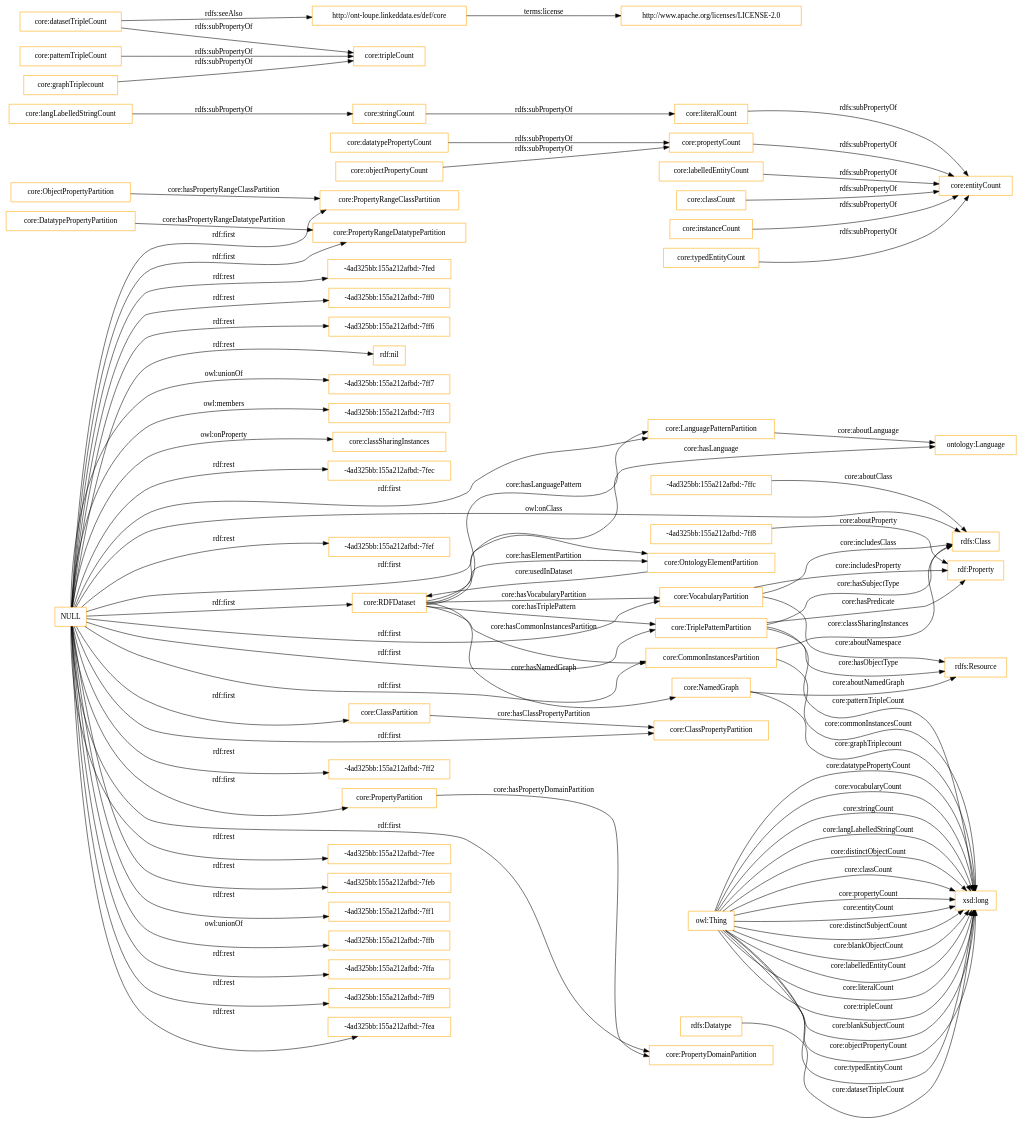
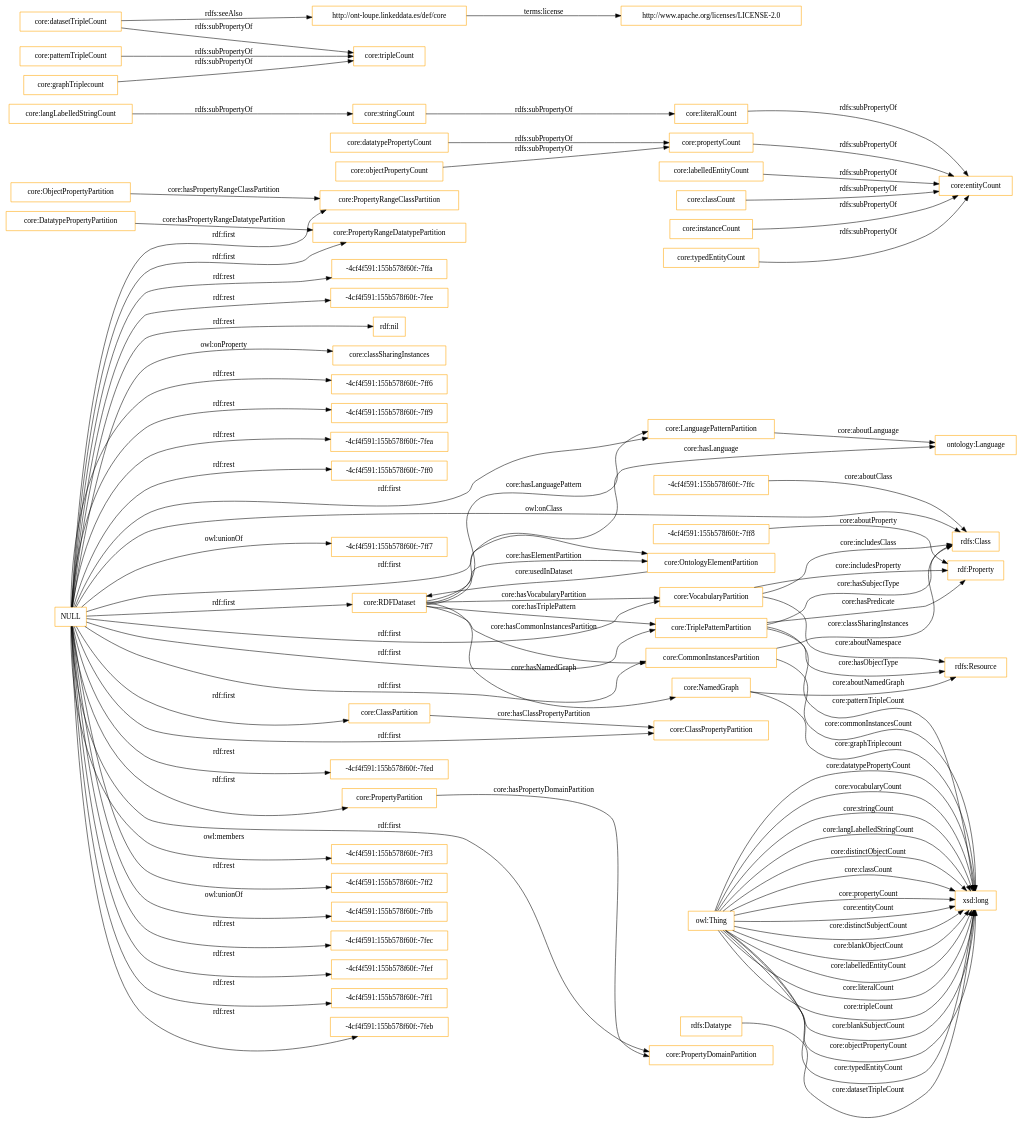
One commit to nandana/loupe-ontology changed the diagram in OnToology/src/ontology/loupe-ontology.owl/diagrams/ar2dtool-class/loupe-ontology.owl.png.dot. Above: the diagram before and after it, drawn with Graphviz. The commit also changed 21 other files, not shown here.

```diff
--- a/OnToology/src/ontology/loupe-ontology.owl/diagrams/ar2dtool-class/loupe-ontology.owl.png.dot
+++ b/OnToology/src/ontology/loupe-ontology.owl/diagrams/ar2dtool-class/loupe-ontology.owl.png.dot
@@ -1,94 +1,94 @@
 digraph ar2dtool_diagram { 
 rankdir=LR;
 size="1501"
-node [shape = rectangle, color="orange"]; "core:RDFDataset" "-4ad325bb:155a212afbd:-7ffc" "core:PropertyRangeClassPartition" "-4ad325bb:155a212afbd:-7ff8" "core:OntologyElementPartition" "core:ObjectPropertyPartition" "core:ClassPropertyPartition" "rdfs:Resource" "core:ClassPartition" "core:CommonInstancesPartition" "core:NamedGraph" "rdfs:Class" "core:LanguagePatternPartition" "core:PropertyRangeDatatypePartition" "rdfs:Datatype" "rdf:Property" "core:PropertyPartition" "core:TriplePatternPartition" "ontology:Language" "core:DatatypePropertyPartition" "core:VocabularyPartition" "core:PropertyDomainPartition" ; /*classes style*/
+node [shape = rectangle, color="orange"]; "core:RDFDataset" "core:PropertyRangeClassPartition" "core:OntologyElementPartition" "core:ObjectPropertyPartition" "-4cf4f591:155b578f60f:-7ffc" "core:ClassPropertyPartition" "-4cf4f591:155b578f60f:-7ff8" "rdfs:Resource" "core:ClassPartition" "core:CommonInstancesPartition" "core:NamedGraph" "rdfs:Class" "core:LanguagePatternPartition" "core:PropertyRangeDatatypePartition" "rdfs:Datatype" "rdf:Property" "core:PropertyPartition" "core:TriplePatternPartition" "ontology:Language" "core:DatatypePropertyPartition" "core:VocabularyPartition" "core:PropertyDomainPartition" ; /*classes style*/
 	"core:langLabelledStringCount" -> "core:stringCount" [ label = "rdfs:subPropertyOf" ];
 	"core:datatypePropertyCount" -> "core:propertyCount" [ label = "rdfs:subPropertyOf" ];
 	"core:labelledEntityCount" -> "core:entityCount" [ label = "rdfs:subPropertyOf" ];
 	"http://ont-loupe.linkeddata.es/def/core" -> "http://www.apache.org/licenses/LICENSE-2.0" [ label = "terms:license" ];
 	"core:datasetTripleCount" -> "http://ont-loupe.linkeddata.es/def/core" [ label = "rdfs:seeAlso" ];
 	"core:datasetTripleCount" -> "core:tripleCount" [ label = "rdfs:subPropertyOf" ];
 	"core:propertyCount" -> "core:entityCount" [ label = "rdfs:subPropertyOf" ];
 	"core:classCount" -> "core:entityCount" [ label = "rdfs:subPropertyOf" ];
 	"core:instanceCount" -> "core:entityCount" [ label = "rdfs:subPropertyOf" ];
 	"core:patternTripleCount" -> "core:tripleCount" [ label = "rdfs:subPropertyOf" ];
+	"NULL" -> "-4cf4f591:155b578f60f:-7ff3" [ label = "owl:members" ];
 	"NULL" -> "core:OntologyElementPartition" [ label = "rdf:first" ];
-	"NULL" -> "-4ad325bb:155a212afbd:-7fee" [ label = "rdf:rest" ];
-	"NULL" -> "-4ad325bb:155a212afbd:-7feb" [ label = "rdf:rest" ];
 	"NULL" -> "core:PropertyPartition" [ label = "rdf:first" ];
 	"NULL" -> "core:LanguagePatternPartition" [ label = "rdf:first" ];
-	"NULL" -> "-4ad325bb:155a212afbd:-7ff1" [ label = "rdf:rest" ];
-	"NULL" -> "-4ad325bb:155a212afbd:-7ffb" [ label = "owl:unionOf" ];
+	"NULL" -> "-4cf4f591:155b578f60f:-7ff2" [ label = "rdf:rest" ];
 	"NULL" -> "core:PropertyRangeDatatypePartition" [ label = "rdf:first" ];
+	"NULL" -> "-4cf4f591:155b578f60f:-7ffb" [ label = "owl:unionOf" ];
+	"NULL" -> "core:PropertyRangeClassPartition" [ label = "rdf:first" ];
 	"NULL" -> "core:PropertyDomainPartition" [ label = "rdf:first" ];
-	"NULL" -> "core:PropertyRangeClassPartition" [ label = "rdf:first" ];
-	"NULL" -> "-4ad325bb:155a212afbd:-7ffa" [ label = "rdf:rest" ];
 	"NULL" -> "core:CommonInstancesPartition" [ label = "rdf:first" ];
+	"NULL" -> "-4cf4f591:155b578f60f:-7fec" [ label = "rdf:rest" ];
+	"NULL" -> "-4cf4f591:155b578f60f:-7fef" [ label = "rdf:rest" ];
 	"NULL" -> "core:ClassPartition" [ label = "rdf:first" ];
-	"NULL" -> "-4ad325bb:155a212afbd:-7ff9" [ label = "rdf:rest" ];
-	"NULL" -> "-4ad325bb:155a212afbd:-7fea" [ label = "rdf:rest" ];
-	"NULL" -> "-4ad325bb:155a212afbd:-7fed" [ label = "rdf:rest" ];
-	"NULL" -> "-4ad325bb:155a212afbd:-7ff0" [ label = "rdf:rest" ];
-	"NULL" -> "-4ad325bb:155a212afbd:-7ff6" [ label = "rdf:rest" ];
+	"NULL" -> "-4cf4f591:155b578f60f:-7ff1" [ label = "rdf:rest" ];
+	"NULL" -> "-4cf4f591:155b578f60f:-7feb" [ label = "rdf:rest" ];
+	"NULL" -> "-4cf4f591:155b578f60f:-7ffa" [ label = "rdf:rest" ];
+	"NULL" -> "-4cf4f591:155b578f60f:-7fee" [ label = "rdf:rest" ];
 	"NULL" -> "rdf:nil" [ label = "rdf:rest" ];
 	"NULL" -> "rdfs:Class" [ label = "owl:onClass" ];
 	"NULL" -> "core:VocabularyPartition" [ label = "rdf:first" ];
-	"NULL" -> "-4ad325bb:155a212afbd:-7ff7" [ label = "owl:unionOf" ];
 	"NULL" -> "core:TriplePatternPartition" [ label = "rdf:first" ];
+	"NULL" -> "core:classSharingInstances" [ label = "owl:onProperty" ];
 	"NULL" -> "core:ClassPropertyPartition" [ label = "rdf:first" ];
-	"NULL" -> "-4ad325bb:155a212afbd:-7ff3" [ label = "owl:members" ];
-	"NULL" -> "core:classSharingInstances" [ label = "owl:onProperty" ];
-	"NULL" -> "-4ad325bb:155a212afbd:-7fec" [ label = "rdf:rest" ];
-	"NULL" -> "-4ad325bb:155a212afbd:-7fef" [ label = "rdf:rest" ];
-	"NULL" -> "-4ad325bb:155a212afbd:-7ff2" [ label = "rdf:rest" ];
+	"NULL" -> "-4cf4f591:155b578f60f:-7ff6" [ label = "rdf:rest" ];
+	"NULL" -> "-4cf4f591:155b578f60f:-7ff9" [ label = "rdf:rest" ];
+	"NULL" -> "-4cf4f591:155b578f60f:-7fea" [ label = "rdf:rest" ];
+	"NULL" -> "-4cf4f591:155b578f60f:-7ff0" [ label = "rdf:rest" ];
+	"NULL" -> "-4cf4f591:155b578f60f:-7ff7" [ label = "owl:unionOf" ];
 	"NULL" -> "core:RDFDataset" [ label = "rdf:first" ];
+	"NULL" -> "-4cf4f591:155b578f60f:-7fed" [ label = "rdf:rest" ];
 	"core:literalCount" -> "core:entityCount" [ label = "rdfs:subPropertyOf" ];
 	"core:objectPropertyCount" -> "core:propertyCount" [ label = "rdfs:subPropertyOf" ];
 	"core:typedEntityCount" -> "core:entityCount" [ label = "rdfs:subPropertyOf" ];
 	"core:graphTriplecount" -> "core:tripleCount" [ label = "rdfs:subPropertyOf" ];
 	"core:stringCount" -> "core:literalCount" [ label = "rdfs:subPropertyOf" ];
 	"core:VocabularyPartition" -> "rdf:Property" [ label = "core:includesProperty" ];
 	"owl:Thing" -> "xsd:long" [ label = "core:tripleCount" ];
 	"owl:Thing" -> "xsd:long" [ label = "core:blankSubjectCount" ];
 	"owl:Thing" -> "xsd:long" [ label = "core:objectPropertyCount" ];
 	"core:CommonInstancesPartition" -> "xsd:long" [ label = "core:commonInstancesCount" ];
 	"core:NamedGraph" -> "xsd:long" [ label = "core:graphTriplecount" ];
 	"core:RDFDataset" -> "core:TriplePatternPartition" [ label = "core:hasTriplePattern" ];
 	"owl:Thing" -> "xsd:long" [ label = "core:typedEntityCount" ];
 	"core:RDFDataset" -> "core:VocabularyPartition" [ label = "core:hasVocabularyPartition" ];
 	"core:DatatypePropertyPartition" -> "core:PropertyRangeDatatypePartition" [ label = "core:hasPropertyRangeDatatypePartition" ];
 	"core:NamedGraph" -> "rdfs:Resource" [ label = "core:aboutNamedGraph" ];
 	"core:LanguagePatternPartition" -> "ontology:Language" [ label = "core:aboutLanguage" ];
 	"core:ClassPartition" -> "core:ClassPropertyPartition" [ label = "core:hasClassPropertyPartition" ];
 	"owl:Thing" -> "xsd:long" [ label = "core:datatypePropertyCount" ];
 	"core:VocabularyPartition" -> "rdfs:Resource" [ label = "core:aboutNamespace" ];
 	"owl:Thing" -> "xsd:long" [ label = "core:vocabularyCount" ];
 	"core:RDFDataset" -> "ontology:Language" [ label = "core:hasLanguage" ];
 	"core:RDFDataset" -> "core:LanguagePatternPartition" [ label = "core:hasLanguagePattern" ];
-	"-4ad325bb:155a212afbd:-7ff8" -> "rdf:Property" [ label = "core:aboutProperty" ];
+	"-4cf4f591:155b578f60f:-7ff8" -> "rdf:Property" [ label = "core:aboutProperty" ];
 	"owl:Thing" -> "xsd:long" [ label = "core:stringCount" ];
-	"-4ad325bb:155a212afbd:-7ffc" -> "rdfs:Class" [ label = "core:aboutClass" ];
+	"-4cf4f591:155b578f60f:-7ffc" -> "rdfs:Class" [ label = "core:aboutClass" ];
 	"owl:Thing" -> "xsd:long" [ label = "core:langLabelledStringCount" ];
 	"owl:Thing" -> "xsd:long" [ label = "core:distinctObjectCount" ];
 	"core:TriplePatternPartition" -> "rdfs:Resource" [ label = "core:hasObjectType" ];
 	"owl:Thing" -> "xsd:long" [ label = "core:classCount" ];
 	"core:VocabularyPartition" -> "rdfs:Class" [ label = "core:includesClass" ];
 	"core:TriplePatternPartition" -> "xsd:long" [ label = "core:patternTripleCount" ];
 	"owl:Thing" -> "xsd:long" [ label = "core:propertyCount" ];
 	"core:CommonInstancesPartition" -> "rdfs:Class" [ label = "core:classSharingInstances" ];
 	"rdfs:Datatype" -> "xsd:long" [ label = "core:datasetTripleCount" ];
 	"owl:Thing" -> "xsd:long" [ label = "core:entityCount" ];
 	"core:OntologyElementPartition" -> "core:RDFDataset" [ label = "core:usedInDataset" ];
 	"core:TriplePatternPartition" -> "rdf:Property" [ label = "core:hasPredicate" ];
 	"core:RDFDataset" -> "core:CommonInstancesPartition" [ label = "core:hasCommonInstancesPartition" ];
 	"core:RDFDataset" -> "core:OntologyElementPartition" [ label = "core:hasElementPartition" ];
 	"owl:Thing" -> "xsd:long" [ label = "core:distinctSubjectCount" ];
 	"owl:Thing" -> "xsd:long" [ label = "core:blankObjectCount" ];
 	"core:TriplePatternPartition" -> "rdfs:Class" [ label = "core:hasSubjectType" ];
 	"core:RDFDataset" -> "core:NamedGraph" [ label = "core:hasNamedGraph" ];
 	"core:ObjectPropertyPartition" -> "core:PropertyRangeClassPartition" [ label = "core:hasPropertyRangeClassPartition" ];
 	"owl:Thing" -> "xsd:long" [ label = "core:labelledEntityCount" ];
 	"core:PropertyPartition" -> "core:PropertyDomainPartition" [ label = "core:hasPropertyDomainPartition" ];
 	"owl:Thing" -> "xsd:long" [ label = "core:literalCount" ];
 
 }
```
